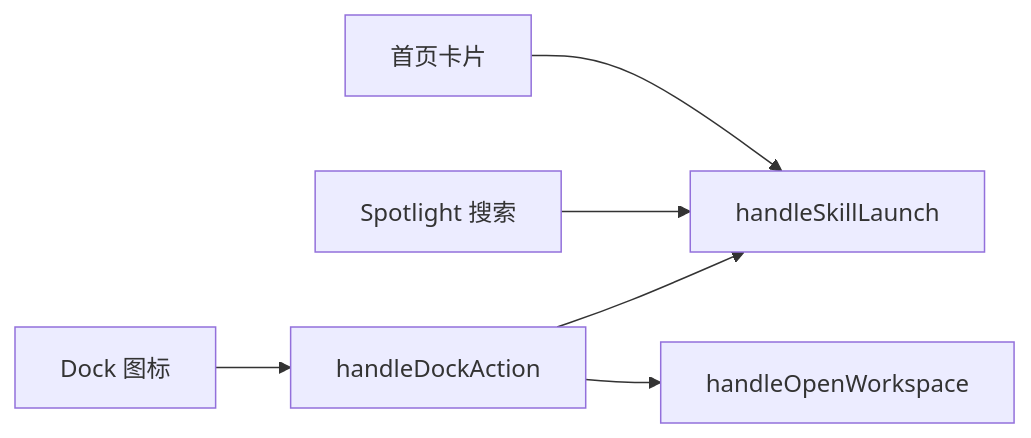
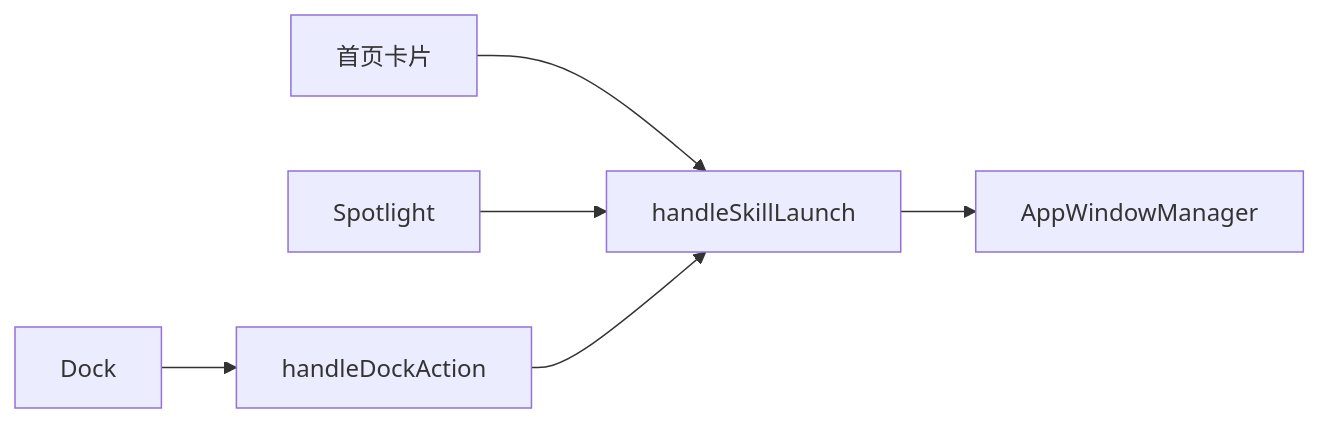
One commit to LavaCourage07/startupOS changed the second of 2 diagrams in learning-note/full-project-course-v2/textbook/part-b-user-operation-chain/B02-click-to-window.md. Above: the diagram before and after it, drawn with Mermaid. The commit also changed other lines of this file and 560 other files, not shown here.

````diff
--- a/learning-note/full-project-course-v2/textbook/part-b-user-operation-chain/B02-click-to-window.md
+++ b/learning-note/full-project-course-v2/textbook/part-b-user-operation-chain/B02-click-to-window.md
@@ -94,8 +73,8 @@
 ```mermaid
 flowchart LR
-    Home[首页卡片] --> Launch[handleSkillLaunch]
-    Spotlight[Spotlight 搜索] --> Launch
-    Dock[Dock 图标] --> DockAction[handleDockAction]
-    DockAction --> Launch
-    DockAction --> Workspace[handleOpenWorkspace]
+    H[首页卡片] --> L[handleSkillLaunch]
+    S[Spotlight] --> L
+    D[Dock] --> A[handleDockAction]
+    A --> L
+    L --> W[AppWindowManager]
 ```
````
